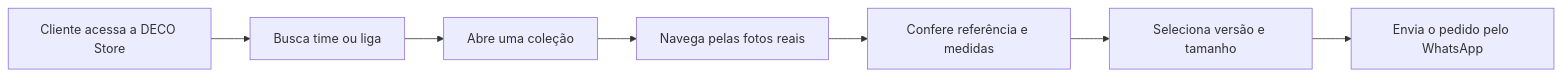
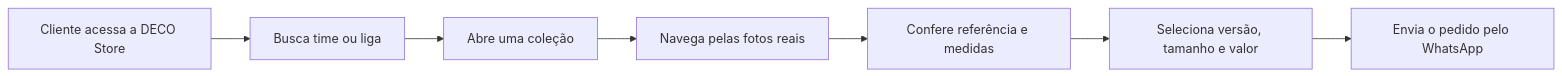
The diagram in README.md (Victor-Hugo-A/deco-store), drawn with Mermaid before and after one commit. The commit also changed other lines of this file and 2 other files, not shown here.

````diff
--- a/README.md
+++ b/README.md
@@ -32,9 +40,9 @@
 ```mermaid
 flowchart LR
   A[Cliente acessa a DECO Store] --> B[Busca time ou liga]
   B --> C[Abre uma coleção]
   C --> D[Navega pelas fotos reais]
   D --> E[Confere referência e medidas]
-  E --> F[Seleciona versão e tamanho]
+  E --> F[Seleciona versão, tamanho e valor]
   F --> G[Envia o pedido pelo WhatsApp]
 ```
````
